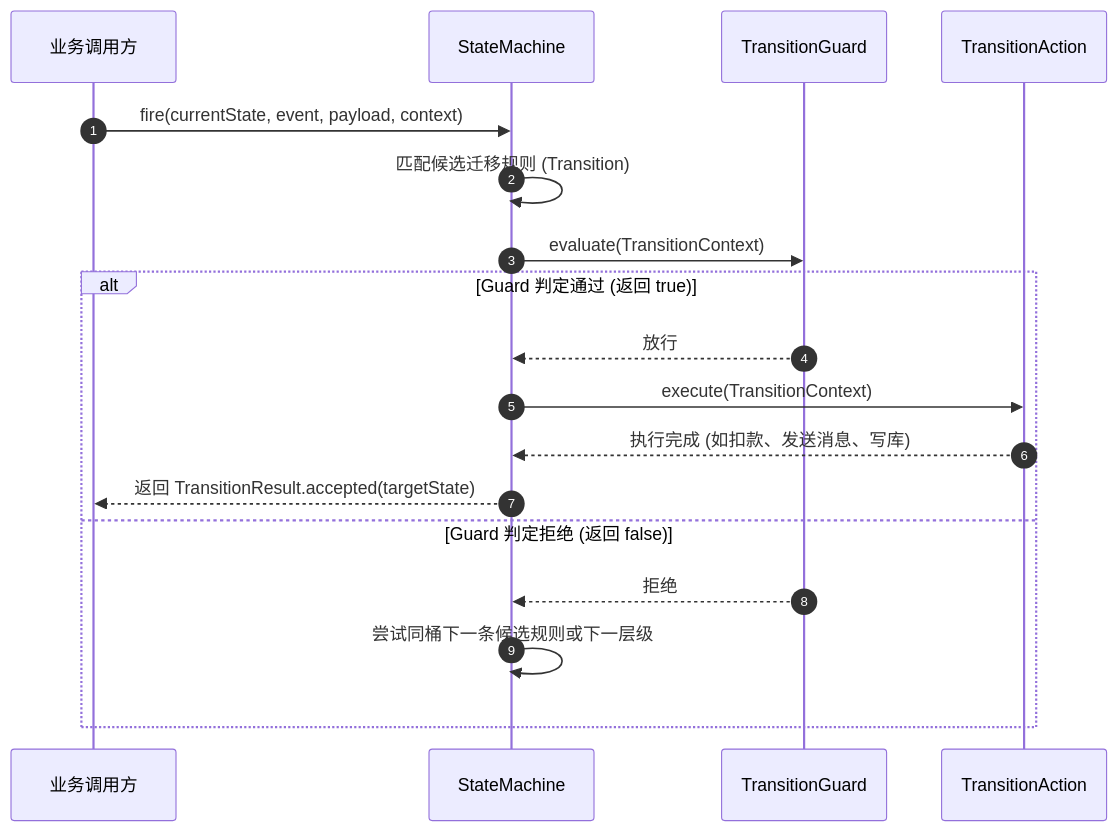
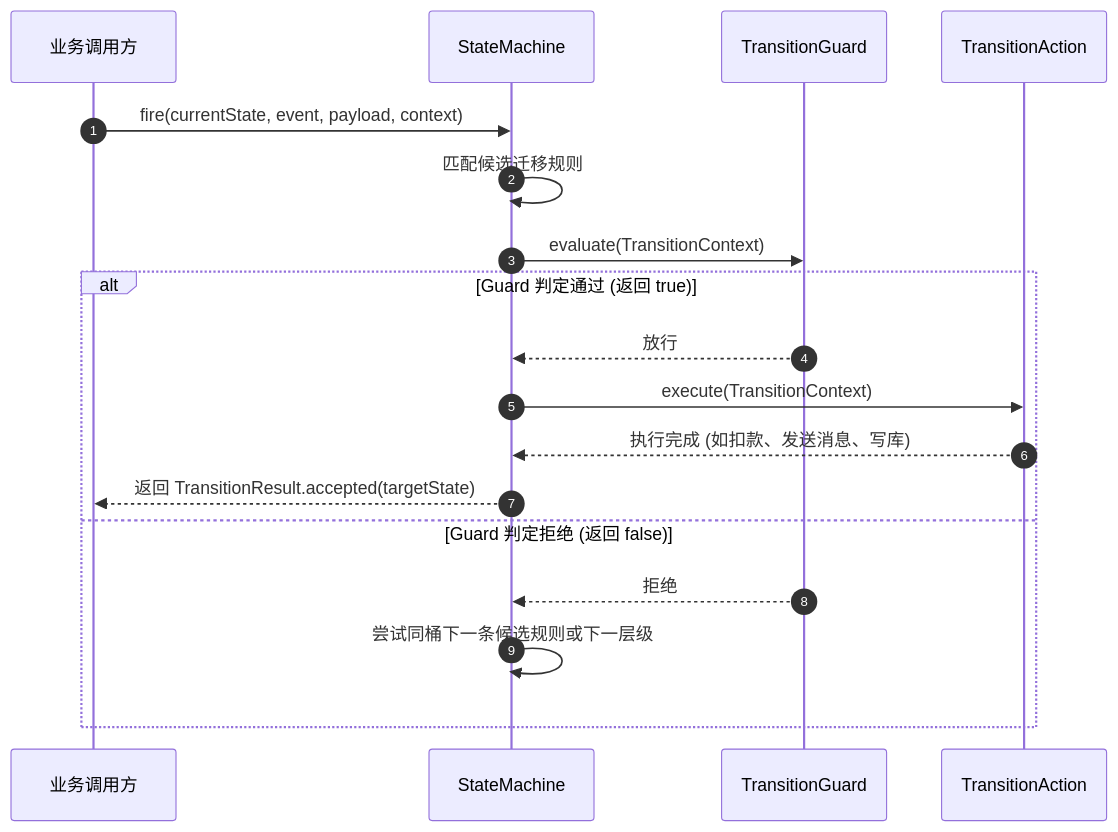
Before and after one commit to team4u/team4u-framework: the diagram in docs/fsm/fsm-transition.md, drawn with Mermaid. The commit also changed other lines of this file and 142 other files, not shown here.

````diff
--- a/docs/fsm/fsm-transition.md
+++ b/docs/fsm/fsm-transition.md
@@ -11,22 +11,22 @@
 ```mermaid
 sequenceDiagram
     autonumber
     participant App as 业务调用方
     participant FSM as StateMachine
     participant Guard as TransitionGuard
     participant Action as TransitionAction
 
     App->>FSM: fire(currentState, event, payload, context)
-    FSM->>FSM: 匹配候选迁移规则 (Transition)
+    FSM->>FSM: 匹配候选迁移规则
     FSM->>Guard: evaluate(TransitionContext)
     
     alt Guard 判定通过 (返回 true)
         Guard-->>FSM: 放行
         FSM->>Action: execute(TransitionContext)
         Action-->>FSM: 执行完成 (如扣款、发送消息、写库)
         FSM-->>App: 返回 TransitionResult.accepted(targetState)
     else Guard 判定拒绝 (返回 false)
         Guard-->>FSM: 拒绝
         FSM->>FSM: 尝试同桶下一条候选规则或下一层级
     end
 ```
````
